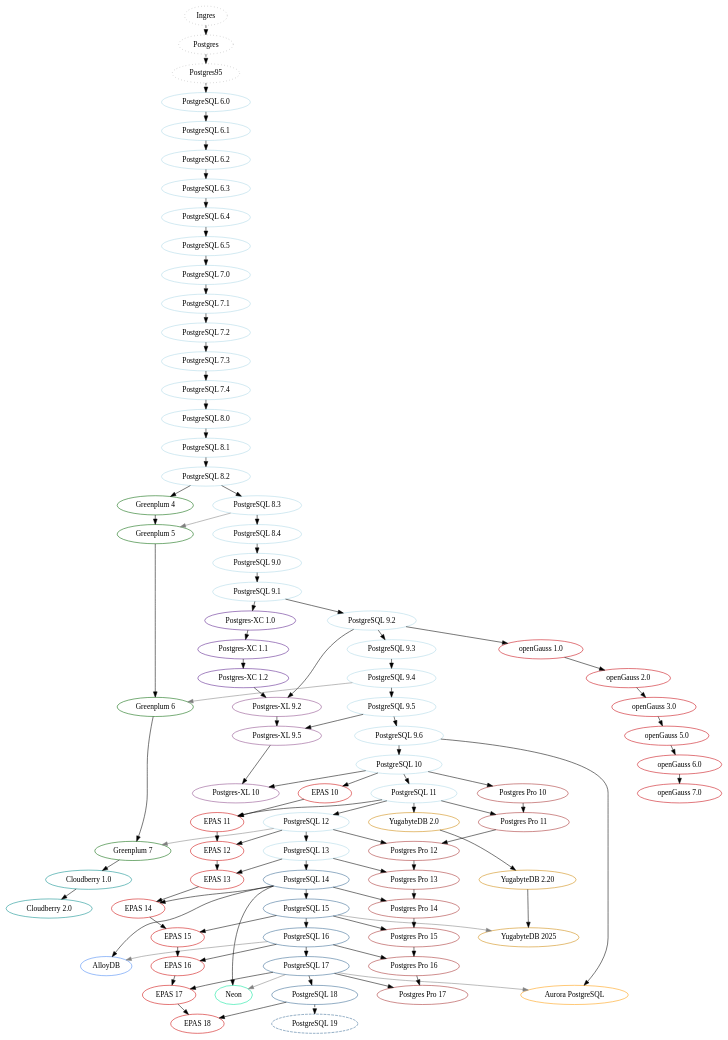
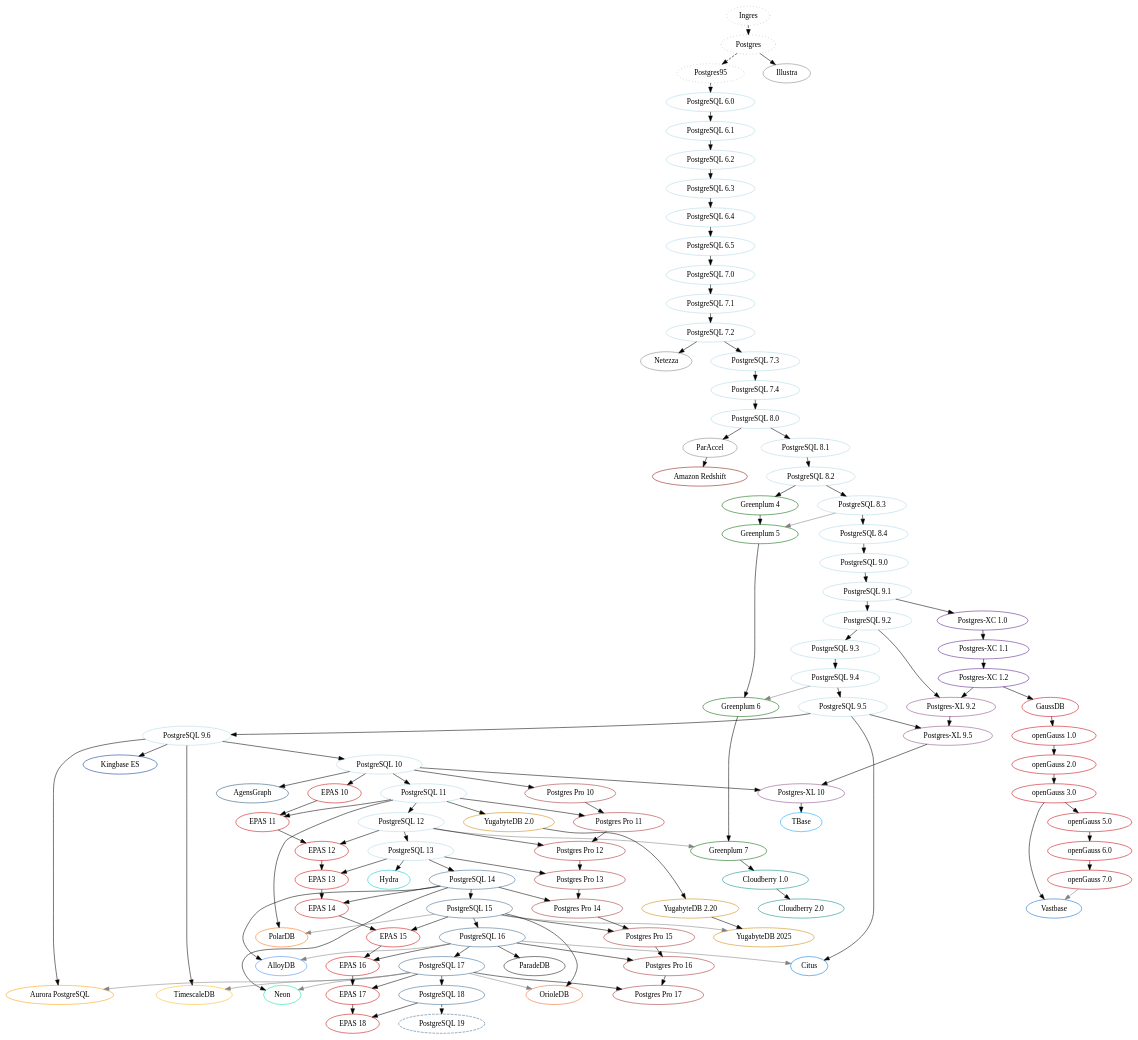
Before and after one commit to dveeden/mysql-history-graph: the diagram in postgres-history-graph.dot, drawn with Graphviz. The commit also changed 3 other files, not shown here.

Commit message:
Update PostgreSQL graph

```diff
--- a/postgres-history-graph.dot
+++ b/postgres-history-graph.dot
@@ -16,6 +16,17 @@
 	   Amazon Aurora PostgreSQL:        #FF9900
 	   Google AlloyDB:                  #4285F4
 	   Neon:                            #00E599
+	   Citus:                           #0078D4
+	   TimescaleDB:                     #FDB813
+	   PolarDB:                         #FF6A00
+	   Kingbase:                        #003399
+	   TBase:                           #00A4FF
+	   Vastbase:                        #0066CC
+	   Amazon Redshift:                 #8C1104
+	   Hydra:                           #00C4CC
+	   AgensGraph:                      #1B4F72
+	   OrioleDB:                        #F26122
+	   ParadeDB:                        #121212
 	*/
 
 	nodesep=0.5;
@@ -28,6 +39,16 @@
 	"Ingres"     -> "Postgres"          [style="dashed"];
 	"Postgres"   -> "Postgres95"        [style="dashed"];
 	"Postgres95" -> "PostgreSQL 6.0"    [style="dashed"];
+
+	/* Historic & Data Warehouse Forks */
+	"Illustra"        [color="grey"];
+	"Netezza"         [color="grey"];
+	"ParAccel"        [color="grey"];
+	"Amazon Redshift" [color="#8C1104"];
+	"Postgres"        -> "Illustra";
+	"PostgreSQL 7.2"  -> "Netezza";
+	"PostgreSQL 8.0"  -> "ParAccel";
+	"ParAccel"        -> "Amazon Redshift";
 
 	/* PostgreSQL GA - EOL */
 	"PostgreSQL 6.0" [color="lightblue"];
@@ -186,19 +207,24 @@
 	"Postgres Pro 16" -> "Postgres Pro 17";
 	"PostgreSQL 17"   -> "Postgres Pro 17";
 
-	/* openGauss - Huawei, based on PostgreSQL 9.2.4 */
+	/* GaussDB / openGauss - Huawei & partners */
+	"GaussDB"       [color="#C7000B"];
 	"openGauss 1.0" [color="#C7000B"];
 	"openGauss 2.0" [color="#C7000B"];
 	"openGauss 3.0" [color="#C7000B"];
 	"openGauss 5.0" [color="#C7000B"];
 	"openGauss 6.0" [color="#C7000B"];
 	"openGauss 7.0" [color="#C7000B"];
-	"PostgreSQL 9.2" -> "openGauss 1.0";
-	"openGauss 1.0"  -> "openGauss 2.0";
-	"openGauss 2.0"  -> "openGauss 3.0";
-	"openGauss 3.0"  -> "openGauss 5.0"; // 4.0 skipped
-	"openGauss 5.0"  -> "openGauss 6.0";
-	"openGauss 6.0"  -> "openGauss 7.0";
+	"Vastbase"      [color="#0066CC"];
+	"Postgres-XC 1.2" -> "GaussDB";
+	"GaussDB"         -> "openGauss 1.0";
+	"openGauss 1.0"   -> "openGauss 2.0";
+	"openGauss 2.0"   -> "openGauss 3.0";
+	"openGauss 3.0"   -> "openGauss 5.0"; // 4.0 skipped
+	"openGauss 5.0"   -> "openGauss 6.0";
+	"openGauss 6.0"   -> "openGauss 7.0";
+	"openGauss 3.0"   -> "Vastbase";
+	"openGauss 7.0"   -> "Vastbase" [color="grey"]; // rebase
 
 	/* Apache Cloudberry - fork of Greenplum 7 after Broadcom closed it */
 	"Cloudberry 1.0" [color="cyan4"];
@@ -229,4 +255,44 @@
 	"Neon" [color="#00E599"];
 	"PostgreSQL 14" -> "Neon";
 	"PostgreSQL 17" -> "Neon" [color="grey"]; // tracks mainline
+
+	/* TBase / TDSQL - Tencent, based on Postgres-XL */
+	"TBase" [color="#00A4FF"];
+	"Postgres-XL 10" -> "TBase";
+
+	/* PolarDB for PostgreSQL - Alibaba */
+	"PolarDB" [color="#FF6A00"];
+	"PostgreSQL 11" -> "PolarDB";
+	"PostgreSQL 15" -> "PolarDB" [color="grey"]; // tracks mainline
+
+	/* Kingbase ES - China */
+	"Kingbase ES" [color="#003399"];
+	"PostgreSQL 9.6" -> "Kingbase ES";
+
+	/* Citus - distributed PostgreSQL (extension/fork) */
+	"Citus" [color="#0078D4"];
+	"PostgreSQL 9.5" -> "Citus";
+	"PostgreSQL 16"  -> "Citus" [color="grey"];
+
+	/* TimescaleDB - time-series PostgreSQL (extension/fork) */
+	"TimescaleDB" [color="#FDB813"];
+	"PostgreSQL 9.6" -> "TimescaleDB";
+	"PostgreSQL 17"  -> "TimescaleDB" [color="grey"];
+
+	/* AgensGraph - graph database based on PostgreSQL */
+	"AgensGraph" [color="#1B4F72"];
+	"PostgreSQL 10" -> "AgensGraph";
+
+	/* Hydra - columnar PostgreSQL for OLAP */
+	"Hydra" [color="#00C4CC"];
+	"PostgreSQL 13" -> "Hydra";
+
+	/* OrioleDB - storage engine for PostgreSQL */
+	"OrioleDB" [color="#F26122"];
+	"PostgreSQL 15" -> "OrioleDB";
+	"PostgreSQL 17" -> "OrioleDB" [color="grey"];
+
+	/* ParadeDB - search and analytics PostgreSQL (Elasticsearch alternative) */
+	"ParadeDB" [color="#121212"];
+	"PostgreSQL 16" -> "ParadeDB";
 }
```
